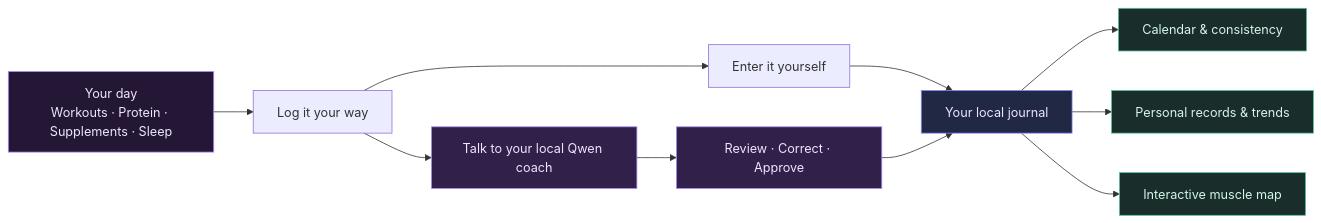
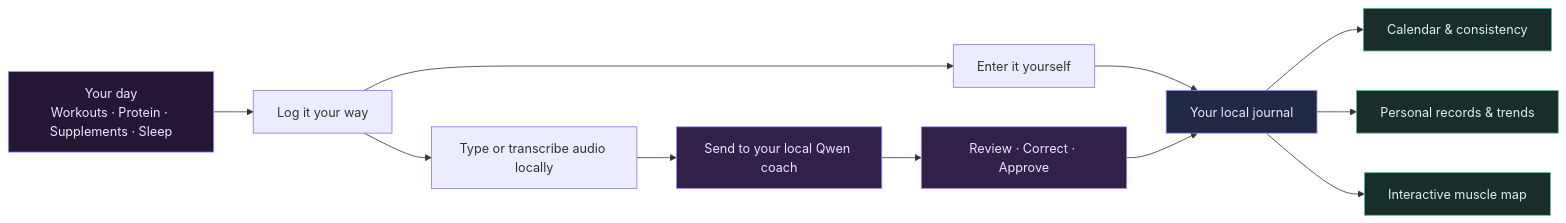
Before and after one commit to joshuadominic0598/ai-fitness-tracker-app: the diagram in README.md, drawn with Mermaid. The commit also changed other lines of this file and 17 other files, not shown here.

Commit message:
feat: add local audio transcription to the coach composer

````diff
--- a/README.md
+++ b/README.md
@@ -51,19 +51,20 @@
 ```mermaid
 flowchart LR
     A[Your day<br/>Workouts · Protein · Supplements · Sleep] --> B[Log it your way]
     B --> C[Enter it yourself]
-    B --> D[Talk to your local Qwen coach]
+    B --> V[Type or transcribe audio locally]
+    V --> D[Send to your local Qwen coach]
     D --> E[Review · Correct · Approve]
     C --> F[Your local journal]
     E --> F
     F --> G[Calendar & consistency]
     F --> H[Personal records & trends]
     F --> I[Interactive muscle map]
     style A fill:#241735,color:#eee5ff,stroke:#a78bfa
     style D fill:#30204a,color:#eee5ff,stroke:#a78bfa
     style E fill:#30204a,color:#eee5ff,stroke:#a78bfa
     style F fill:#202844,color:#eee5ff,stroke:#818cf8
     style G fill:#192d2b,color:#d6f5e9,stroke:#58bda2
     style H fill:#192d2b,color:#d6f5e9,stroke:#58bda2
     style I fill:#192d2b,color:#d6f5e9,stroke:#58bda2
 ```
````
